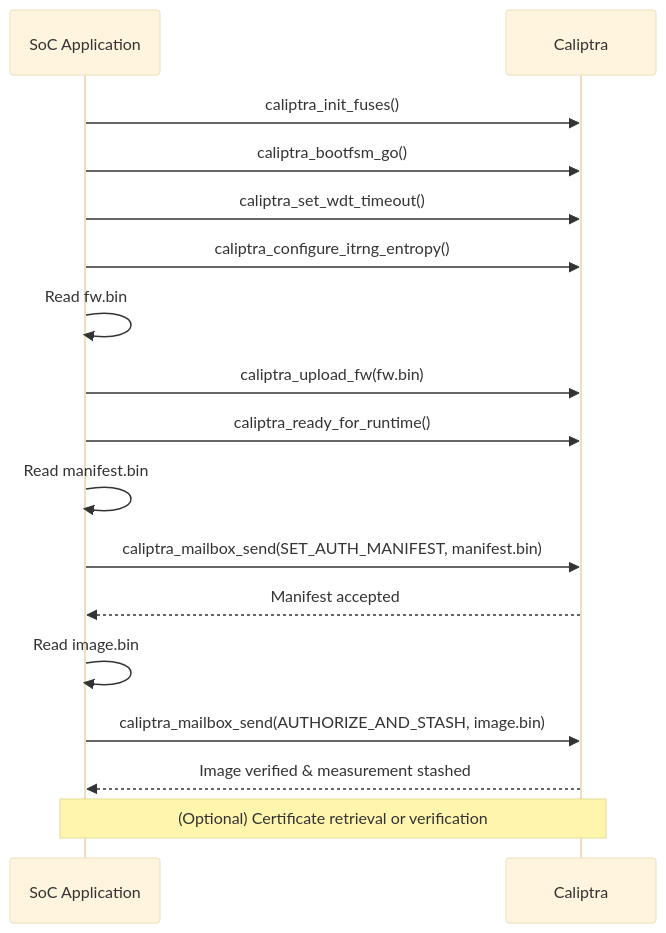
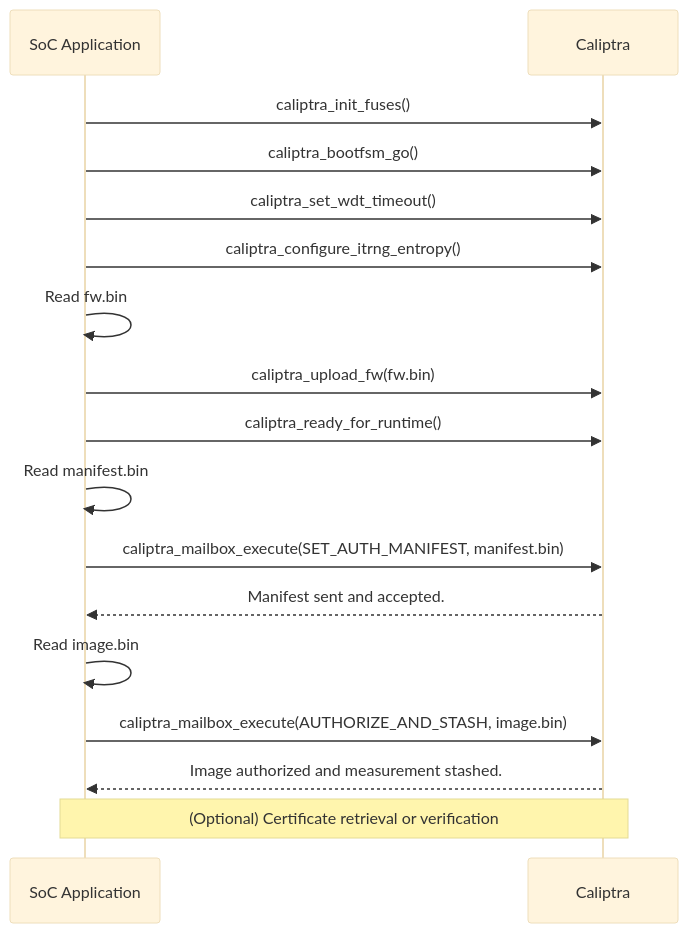
One commit to higuchi1040/caliptra_secureboot_sample changed the diagram in caliptra_manifest_authorize_and_stash_sequence.md. Above: the diagram before and after it, drawn with Mermaid (base theme). The commit also changed other lines of this file and 6 other files, not shown here.

Commit message:
Modify for new sequence without OpenSSL

````diff
--- a/caliptra_manifest_authorize_and_stash_sequence.md
+++ b/caliptra_manifest_authorize_and_stash_sequence.md
@@ -9,23 +9,23 @@
 ```mermaid
 sequenceDiagram
     participant SoC_App as SoC Application
     participant Caliptra
 
     SoC_App->>Caliptra: caliptra_init_fuses()
     SoC_App->>Caliptra: caliptra_bootfsm_go()
     SoC_App->>Caliptra: caliptra_set_wdt_timeout()
     SoC_App->>Caliptra: caliptra_configure_itrng_entropy()
     SoC_App->>SoC_App: Read fw.bin
     SoC_App->>Caliptra: caliptra_upload_fw(fw.bin)
     SoC_App->>Caliptra: caliptra_ready_for_runtime()
 
     SoC_App->>SoC_App: Read manifest.bin
-    SoC_App->>Caliptra: caliptra_mailbox_send(SET_AUTH_MANIFEST, manifest.bin)
-    Caliptra-->>SoC_App: Manifest accepted
+    SoC_App->>Caliptra: caliptra_mailbox_execute(SET_AUTH_MANIFEST, manifest.bin)
+    Caliptra-->>SoC_App: Manifest sent and accepted.
 
     SoC_App->>SoC_App: Read image.bin
-    SoC_App->>Caliptra: caliptra_mailbox_send(AUTHORIZE_AND_STASH, image.bin)
-    Caliptra-->>SoC_App: Image verified & measurement stashed
+    SoC_App->>Caliptra: caliptra_mailbox_execute(AUTHORIZE_AND_STASH, image.bin)
+    Caliptra-->>SoC_App: Image authorized and measurement stashed.
 
     Note over SoC_App,Caliptra: (Optional) Certificate retrieval or verification
 ```
````
